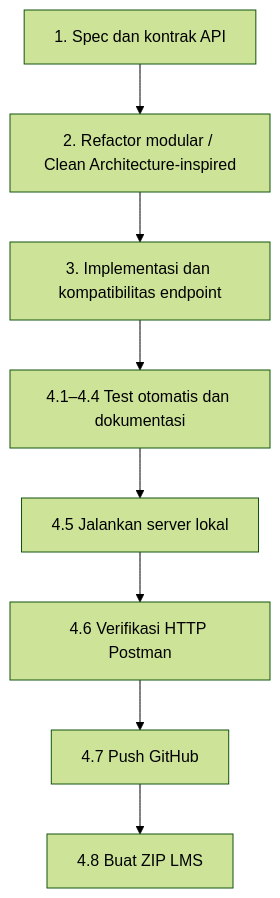
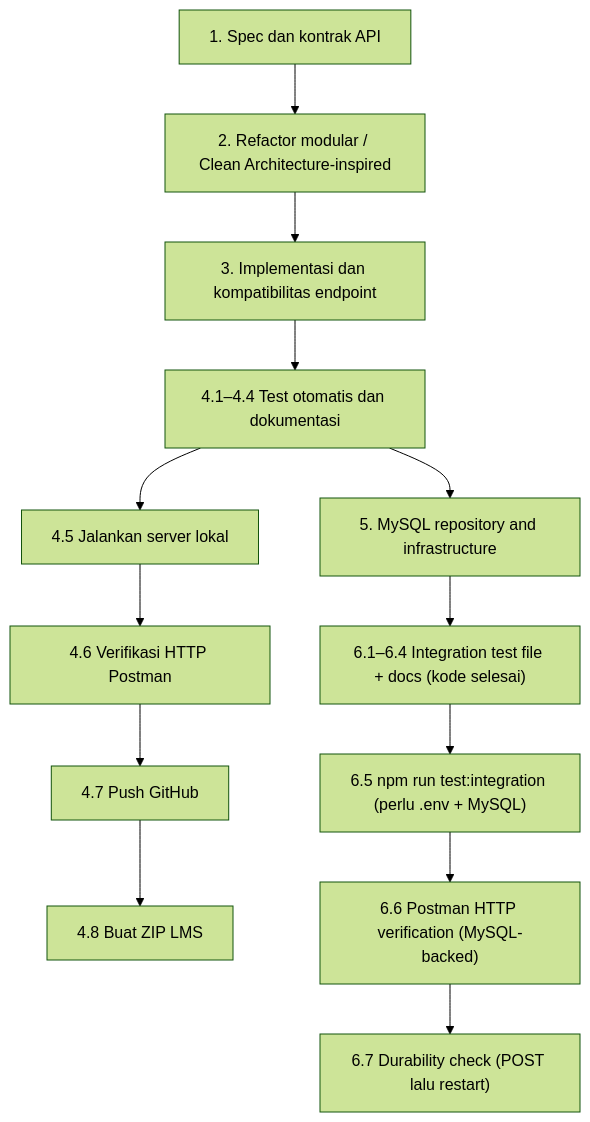
One commit to GilangMohIkbal/WebDevelopment-Ai-First changed the diagram in .kiro/specs/product-catalog-crud/tasks.md. Above: the diagram before and after it, drawn with Mermaid (forest theme). The commit also changed other lines of this file and 17 other files, not shown here.

````diff
--- a/.kiro/specs/product-catalog-crud/tasks.md
+++ b/.kiro/specs/product-catalog-crud/tasks.md
@@ -189,10 +114,15 @@
 ```mermaid
 flowchart TD
     A["1. Spec dan kontrak API"] --> B["2. Refactor modular / Clean Architecture-inspired"]
     B --> C["3. Implementasi dan kompatibilitas endpoint"]
     C --> D["4.1–4.4 Test otomatis dan dokumentasi"]
     D --> E["4.5 Jalankan server lokal"]
     E --> F["4.6 Verifikasi HTTP Postman"]
     F --> G["4.7 Push GitHub"]
     G --> H["4.8 Buat ZIP LMS"]
+    D --> I["5. MySQL repository and infrastructure"]
+    I --> J["6.1–6.4 Integration test file + docs (kode selesai)"]
+    J --> K["6.5 npm run test:integration (perlu .env + MySQL)"]
+    K --> L["6.6 Postman HTTP verification (MySQL-backed)"]
+    L --> M["6.7 Durability check (POST lalu restart)"]
 ```
````
